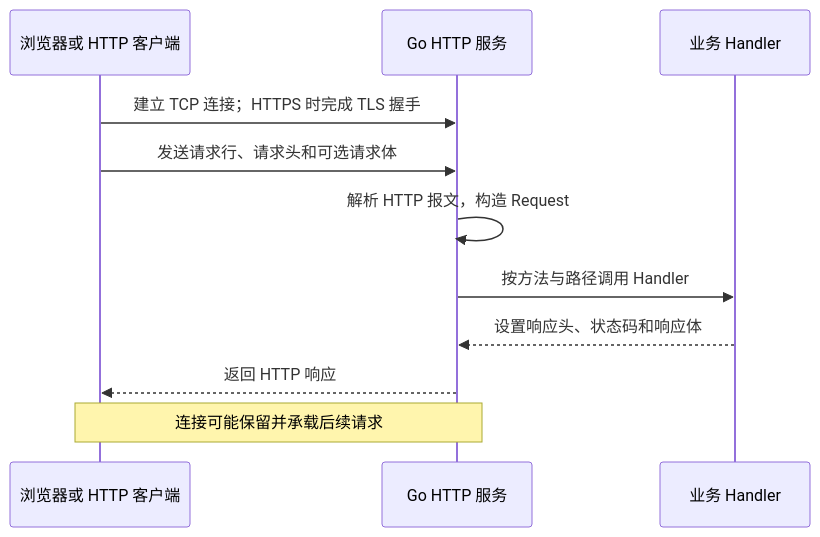
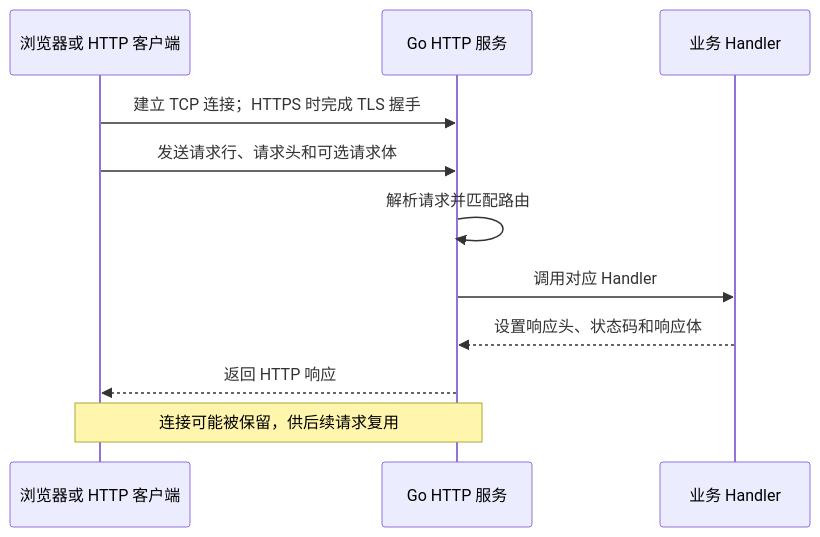
One commit to zzxrepository/gocode changed the first of 2 diagrams in src/backend/go/advanced/03-web-development/01-http-server.md. Above: the diagram before and after it, drawn with Mermaid. The commit also changed other lines of this file, not shown here.

Commit message:
docs: refine Go HTTP tutorial

````diff
--- a/src/backend/go/advanced/03-web-development/01-http-server.md
+++ b/src/backend/go/advanced/03-web-development/01-http-server.md
@@ -36,14 +34,14 @@
 ```mermaid
 sequenceDiagram
     participant C as 浏览器或 HTTP 客户端
     participant S as Go HTTP 服务
     participant H as 业务 Handler
 
     C->>S: 建立 TCP 连接；HTTPS 时完成 TLS 握手
     C->>S: 发送请求行、请求头和可选请求体
-    S->>S: 解析 HTTP 报文，构造 Request
-    S->>H: 按方法与路径调用 Handler
+    S->>S: 解析请求并匹配路由
+    S->>H: 调用对应 Handler
     H-->>S: 设置响应头、状态码和响应体
     S-->>C: 返回 HTTP 响应
-    Note over C,S: 连接可能保留并承载后续请求
+    Note over C,S: 连接可能被保留，供后续请求复用
 ```
````
